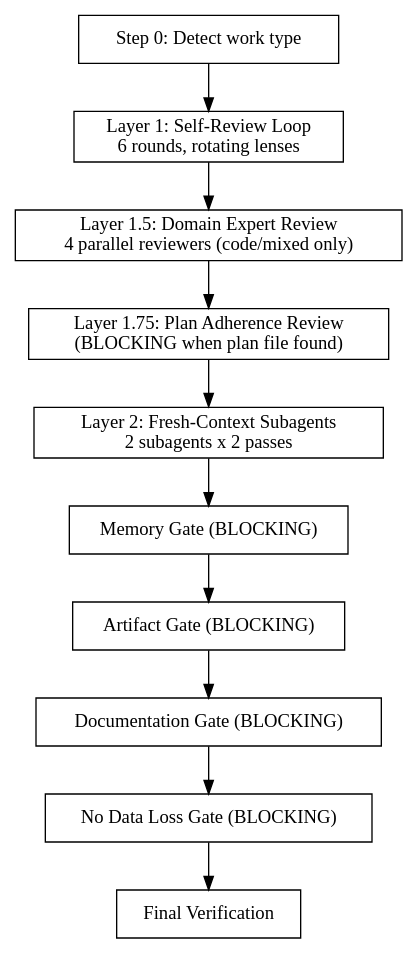
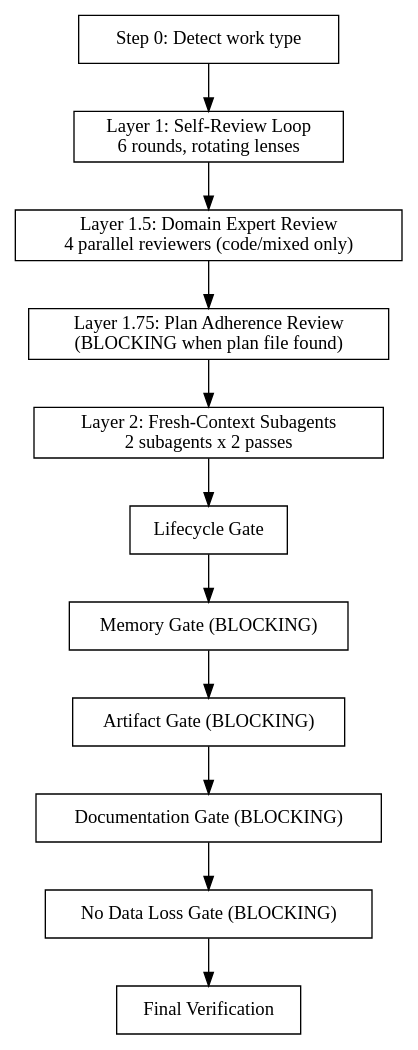
Before and after one commit to wgordon17/personal-claude-marketplace: the diagram in code-quality/skills/quality-gate/SKILL.md, drawn with Graphviz. The commit also changed other lines of this file, not shown here.

Commit message:
feat(code-quality): adds Lifecycle Gate to quality-gate

````diff
--- a/code-quality/skills/quality-gate/SKILL.md
+++ b/code-quality/skills/quality-gate/SKILL.md
@@ -33,17 +33,18 @@
 ```dot
 digraph quality_gate {
   rankdir=TB;
   node [shape=box];
   detect [label="Step 0: Detect work type"];
   layer1 [label="Layer 1: Self-Review Loop\n6 rounds, rotating lenses"];
   layer1_5 [label="Layer 1.5: Domain Expert Review\n4 parallel reviewers (code/mixed only)"];
   layer1_75 [label="Layer 1.75: Plan Adherence Review\n(BLOCKING when plan file found)"];
   layer2 [label="Layer 2: Fresh-Context Subagents\n2 subagents x 2 passes"];
+  lifecycle [label="Lifecycle Gate"];
   memory [label="Memory Gate (BLOCKING)"];
   artifact [label="Artifact Gate (BLOCKING)"];
   docs [label="Documentation Gate (BLOCKING)"];
   nodataloss [label="No Data Loss Gate (BLOCKING)"];
   final [label="Final Verification"];
-  detect -> layer1 -> layer1_5 -> layer1_75 -> layer2 -> memory -> artifact -> docs -> nodataloss -> final;
+  detect -> layer1 -> layer1_5 -> layer1_75 -> layer2 -> lifecycle -> memory -> artifact -> docs -> nodataloss -> final;
 }
 ```
````
